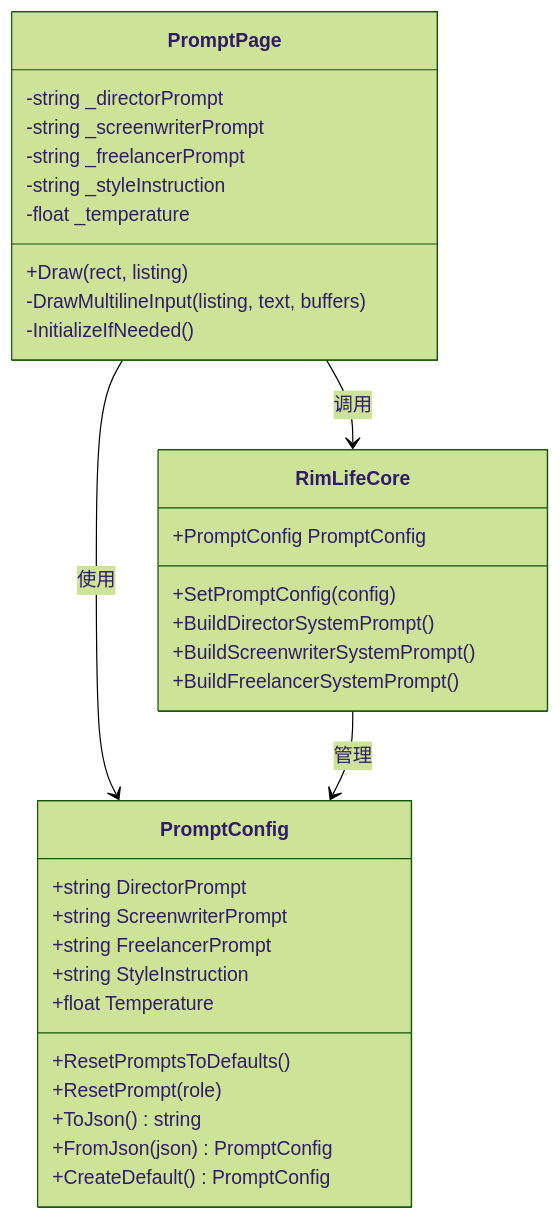
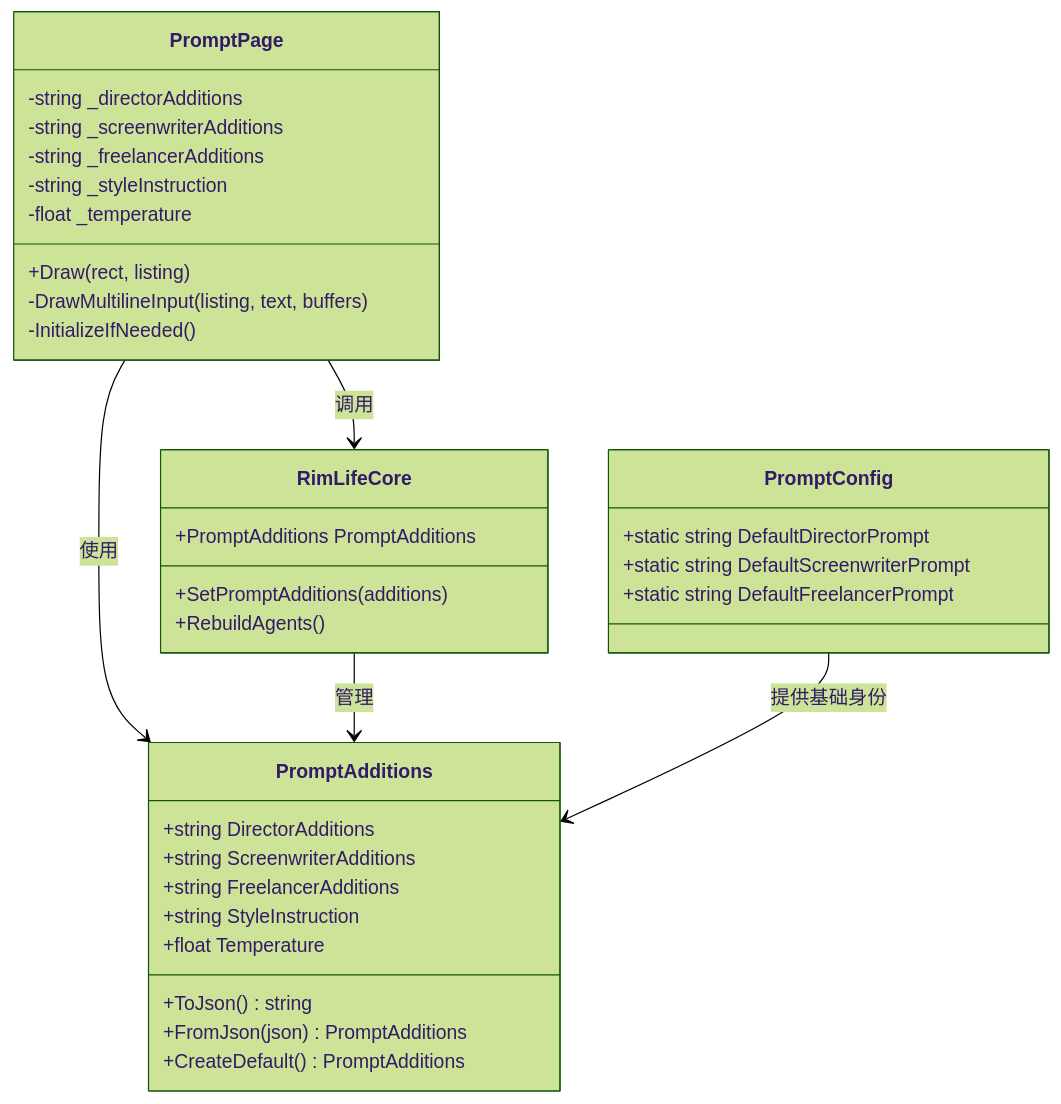
The third of 7 diagrams in .qoder/repowiki/zh/content/用户界面系统/提示词配置页面.md (suzvka/RimLife), drawn with Mermaid (forest theme) before and after one commit. The commit also changed other lines of this file and 32 other files, not shown here.

````diff
--- a/.qoder/repowiki/zh/content/用户界面系统/提示词配置页面.md
+++ b/.qoder/repowiki/zh/content/用户界面系统/提示词配置页面.md
@@ -120,35 +135,37 @@
 ```mermaid
 classDiagram
-class PromptConfig {
-+string DirectorPrompt
-+string ScreenwriterPrompt
-+string FreelancerPrompt
+class PromptAdditions {
++string DirectorAdditions
++string ScreenwriterAdditions
++string FreelancerAdditions
 +string StyleInstruction
 +float Temperature
-+ResetPromptsToDefaults()
-+ResetPrompt(role)
 +ToJson() string
-+FromJson(json) PromptConfig
-+CreateDefault() PromptConfig
++FromJson(json) PromptAdditions
++CreateDefault() PromptAdditions
 }
 class PromptPage {
--string _directorPrompt
--string _screenwriterPrompt
--string _freelancerPrompt
+-string _directorAdditions
+-string _screenwriterAdditions
+-string _freelancerAdditions
 -string _styleInstruction
 -float _temperature
 +Draw(rect, listing)
 -DrawMultilineInput(listing, text, buffers)
 -InitializeIfNeeded()
 }
 class RimLifeCore {
-+PromptConfig PromptConfig
-+SetPromptConfig(config)
-+BuildDirectorSystemPrompt()
-+BuildScreenwriterSystemPrompt()
-+BuildFreelancerSystemPrompt()
++PromptAdditions PromptAdditions
++SetPromptAdditions(additions)
++RebuildAgents()
 }
-PromptPage --> PromptConfig : 使用
+class PromptConfig {
++static string DefaultDirectorPrompt
++static string DefaultScreenwriterPrompt
++static string DefaultFreelancerPrompt
+}
+PromptPage --> PromptAdditions : 使用
 PromptPage --> RimLifeCore : 调用
-RimLifeCore --> PromptConfig : 管理
+RimLifeCore --> PromptAdditions : 管理
+PromptConfig --> PromptAdditions : 提供基础身份
 ```
````
